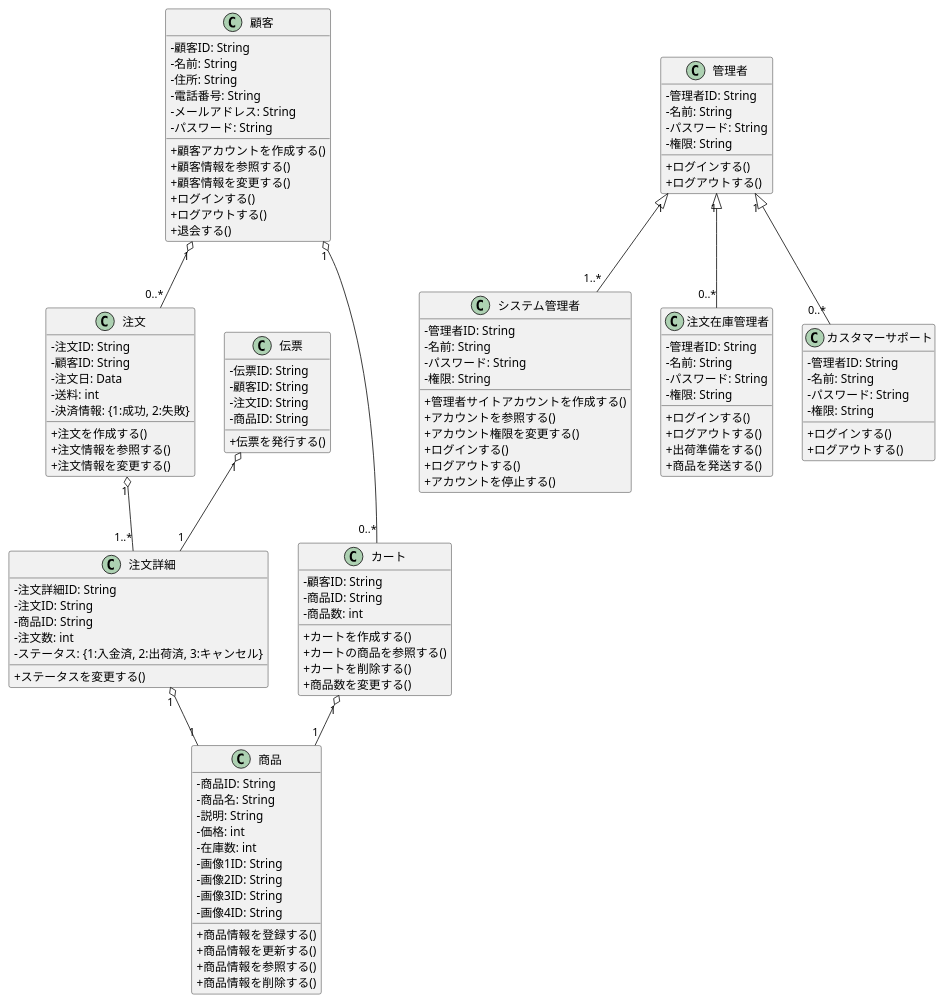
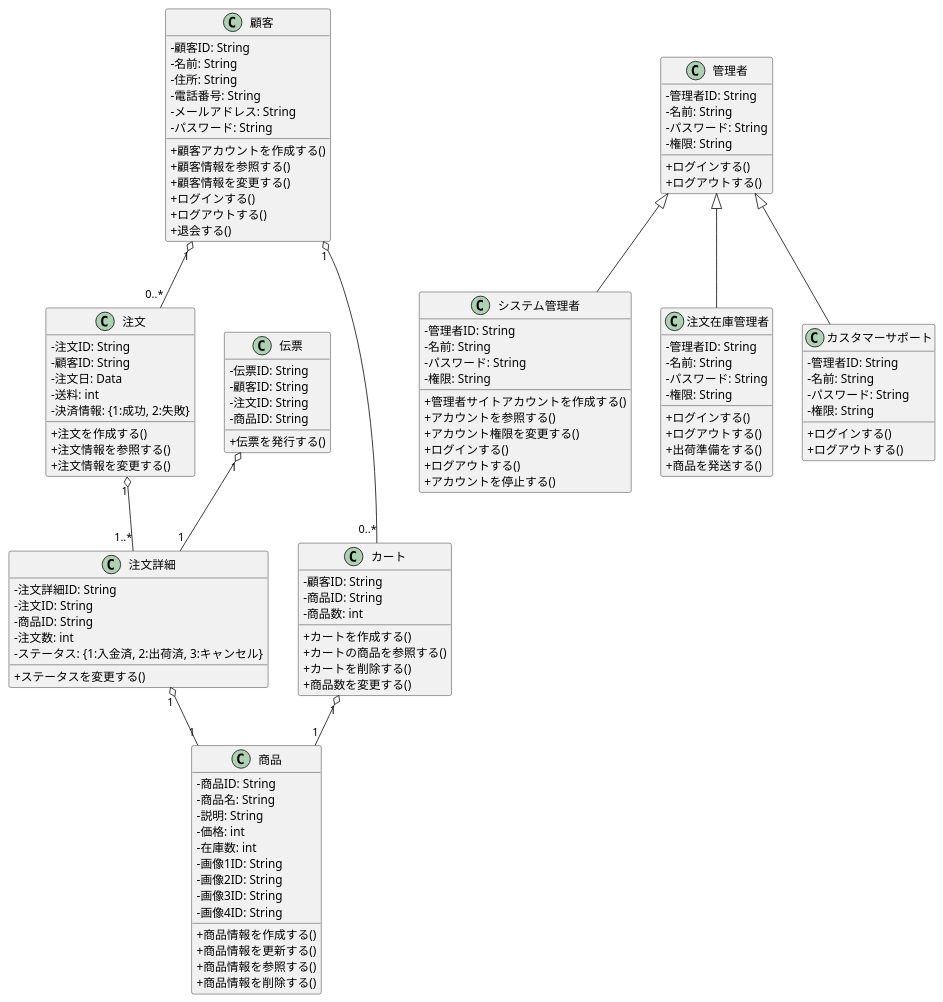
One commit to FujikawaHirono0520/group3_1_dogdog changed the diagram in BB/class.pu. Above: the diagram before and after it, drawn with PlantUML.

```diff
--- a/BB/class.pu
+++ b/BB/class.pu
@@ -1,144 +1,144 @@
 @startuml .
 skinparam classAttributeIconSize 0
 
 class 顧客{
     - 顧客ID: String
     - 名前: String
     - 住所: String
     - 電話番号: String
     - メールアドレス: String
     - パスワード: String
 
     + 顧客アカウントを作成する()
     + 顧客情報を参照する()
     + 顧客情報を変更する()
     + ログインする()
     + ログアウトする()
     + 退会する()
 }
 
 class 管理者 {
     - 管理者ID: String
     - 名前: String
     - パスワード: String
     - 権限: String
 
     + ログインする()
     + ログアウトする()
 }
 
 class システム管理者 {
     - 管理者ID: String
     - 名前: String
     - パスワード: String
     - 権限: String
 
     + 管理者サイトアカウントを作成する()
     + アカウントを参照する()
     + アカウント権限を変更する()
     + ログインする()
     + ログアウトする()
     + アカウントを停止する()
 }
 
 class 注文在庫管理者 {
     - 管理者ID: String
     - 名前: String
     - パスワード: String
     - 権限: String
 
     + ログインする()
     + ログアウトする()
     + 出荷準備をする()
     + 商品を発送する()
 }
 
 class カスタマーサポート {
     - 管理者ID: String
     - 名前: String
     - パスワード: String
     - 権限: String
 
     + ログインする()
     + ログアウトする()
 }
 
 class 注文 {
     - 注文ID: String
     - 顧客ID: String
     - 注文日: Data
     - 送料: int
     - 決済情報: {1:成功, 2:失敗}
 
     + 注文を作成する()
     + 注文情報を参照する()
     + 注文情報を変更する()
 }
 
 class 注文詳細 {
     - 注文詳細ID: String
     - 注文ID: String
     - 商品ID: String
     - 注文数: int
     - ステータス: {1:入金済, 2:出荷済, 3:キャンセル}
 
     + ステータスを変更する()
 }
 
 class 伝票 {
     - 伝票ID: String
     - 顧客ID: String
     - 注文ID: String
     - 商品ID: String
 
     + 伝票を発行する()
 }
 
 class カート {
     - 顧客ID: String
     - 商品ID: String
     - 商品数: int
 
     + カートを作成する()
     + カートの商品を参照する()
     + カートを削除する()
     + 商品数を変更する()
 }
 
 class 商品 {
     - 商品ID: String
     - 商品名: String
     - 説明: String
     - 価格: int
     - 在庫数: int
     - 画像1ID: String
     - 画像2ID: String
     - 画像3ID: String
     - 画像4ID: String
 
-    + 商品情報を登録する()
+    + 商品情報を作成する()
     + 商品情報を更新する()
     + 商品情報を参照する()
     + 商品情報を削除する()
 }
 
 
 顧客 "1" o-- "0..*" カート
 
 カート "1" o-- "1" 商品
 
 顧客 "1" o-- "0..*" 注文
 
 注文 "1" o-- "1..*" 注文詳細
 
 注文詳細 "1" o-- "1" 商品
 
 伝票 "1" o-- "1" 注文詳細
 
-管理者 "1" <|-- "1..*" システム管理者
+管理者 <|-- システム管理者
 
-管理者 "1" <|-- "0..*" 注文在庫管理者
+管理者 <|-- 注文在庫管理者
 
-管理者 "1" <|-- "0..*" カスタマーサポート
+管理者 <|-- カスタマーサポート
 
 @enduml
```
